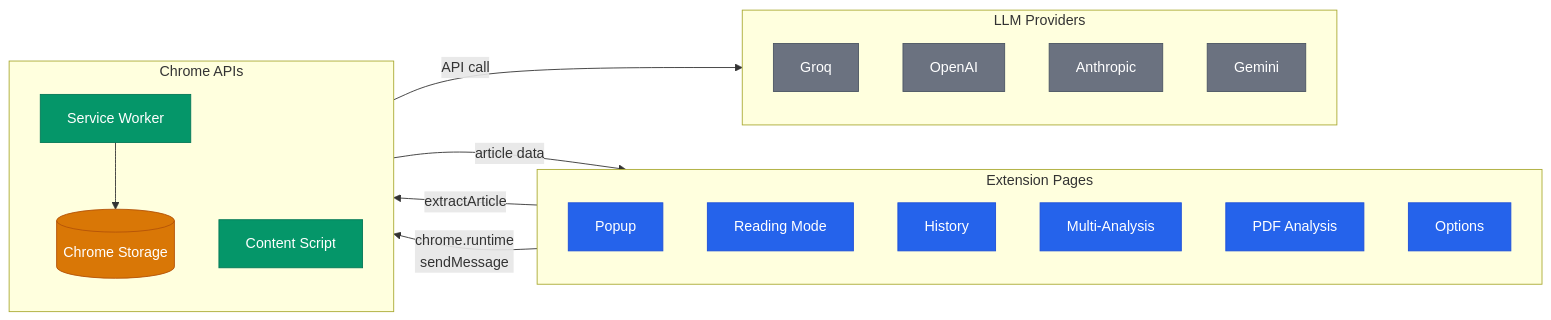
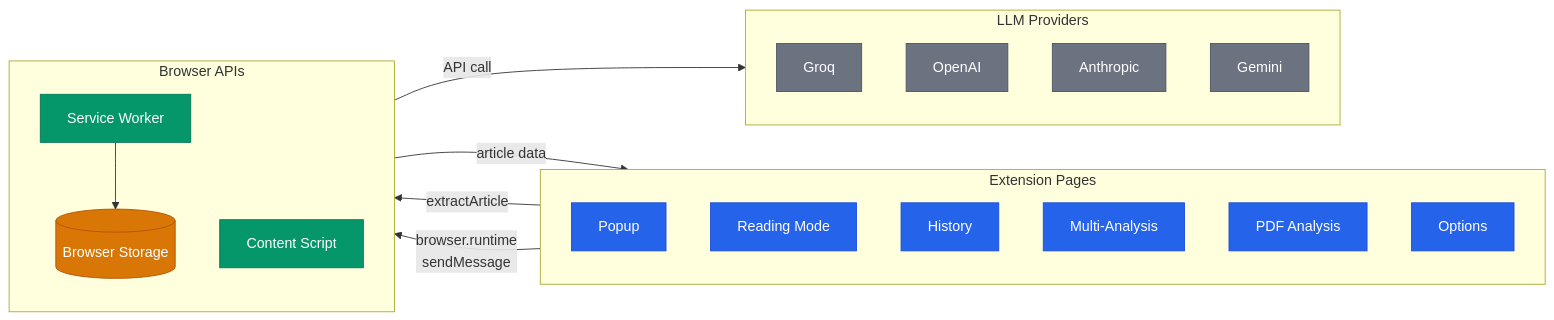
One commit to AndreaBonn/web-article-summarizer-firefox changed the first of 4 diagrams in docs/ARCHITECTURE.md. Above: the diagram before and after it, drawn with Mermaid. The commit also changed other lines of this file and 2 other files, not shown here.

````diff
--- a/docs/ARCHITECTURE.md
+++ b/docs/ARCHITECTURE.md
@@ -9,44 +9,44 @@
 ```mermaid
 %%{init: {'theme': 'default'}}%%
 graph LR
   subgraph pages["Extension Pages"]
     direction TB
     popup["Popup"]
     reading["Reading Mode"]
     history["History"]
     multi["Multi-Analysis"]
     pdf_page["PDF Analysis"]
     options["Options"]
   end
 
-  subgraph chrome_layer["Chrome APIs"]
+  subgraph browser_layer["Browser APIs"]
     direction TB
     sw["Service Worker"]
     cs["Content Script"]
-    storage[("Chrome Storage")]
+    storage[("Browser Storage")]
   end
 
   subgraph providers["LLM Providers"]
     direction TB
     groq["Groq"]
     openai["OpenAI"]
     anthropic["Anthropic"]
     gemini["Gemini"]
   end
 
   popup -->|"extractArticle"| cs
   cs -->|"article data"| popup
-  pages -->|"chrome.runtime<br/>sendMessage"| sw
+  pages -->|"browser.runtime<br/>sendMessage"| sw
   sw --> storage
   sw -->|"API call"| providers
 
   classDef core fill:#2563eb,stroke:#1d4ed8,color:#fff
   classDef data fill:#d97706,stroke:#b45309,color:#fff
   classDef ext fill:#6b7280,stroke:#4b5563,color:#fff
   classDef engine fill:#059669,stroke:#047857,color:#fff
 
   class popup,reading,history,multi,pdf_page,options core
   class sw,cs engine
   class storage data
   class groq,openai,anthropic,gemini ext
 ```
````
